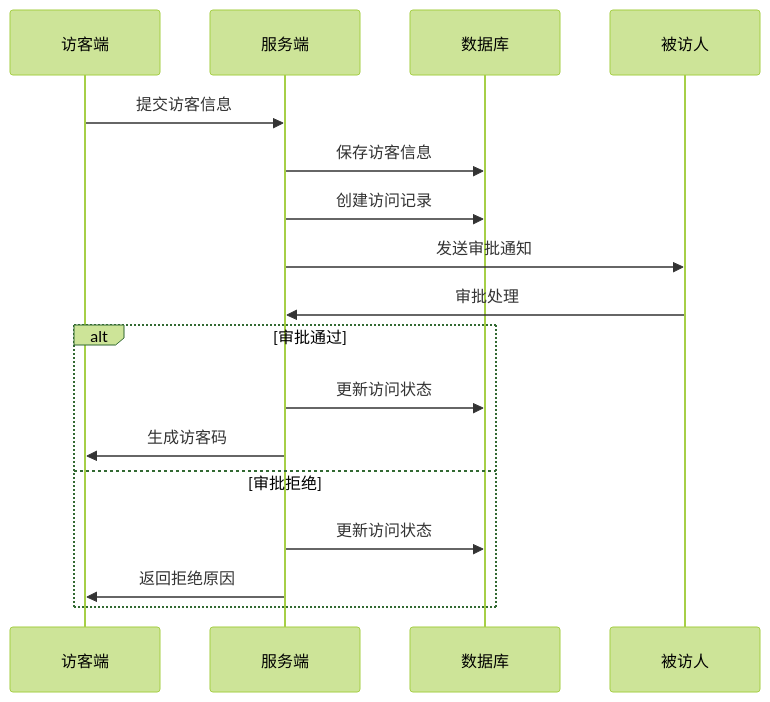
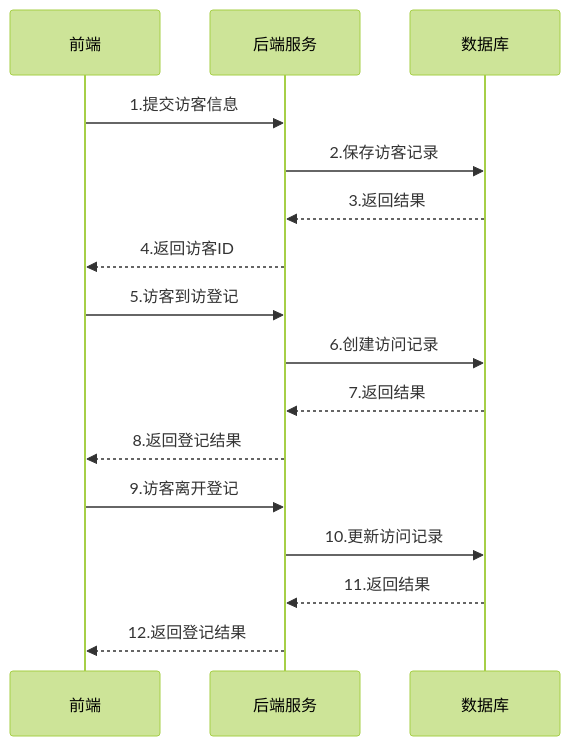
The second of 2 diagrams in devel/outlinedesign.md (yuhaibao39/n8ndeploy), drawn with Mermaid (forest theme) before and after one commit. The commit also changed other lines of this file, not shown here.

````diff
--- a/devel/outlinedesign.md
+++ b/devel/outlinedesign.md
@@ -88,20 +65,21 @@
 ```mermaid
 sequenceDiagram
-    participant V as 访客端
-    participant S as 服务端
-    participant D as 数据库
-    participant E as 被访人
+    participant C as 前端
+    participant S as 后端服务
+    participant DB as 数据库
     
-    V->>S: 提交访客信息
-    S->>D: 保存访客信息
-    S->>D: 创建访问记录
-    S->>E: 发送审批通知
-    E->>S: 审批处理
-    alt 审批通过
-        S->>D: 更新访问状态
-        S->>V: 生成访客码
-    else 审批拒绝
-        S->>D: 更新访问状态
-        S->>V: 返回拒绝原因
-    end
+    C->>S: 1.提交访客信息
+    S->>DB: 2.保存访客记录
+    DB-->>S: 3.返回结果
+    S-->>C: 4.返回访客ID
+    
+    C->>S: 5.访客到访登记
+    S->>DB: 6.创建访问记录
+    DB-->>S: 7.返回结果
+    S-->>C: 8.返回登记结果
+    
+    C->>S: 9.访客离开登记
+    S->>DB: 10.更新访问记录
+    DB-->>S: 11.返回结果 
+    S-->>C: 12.返回登记结果
 ```
````
